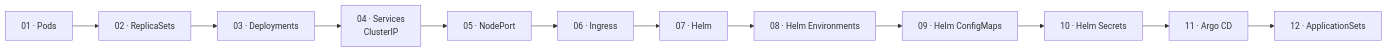
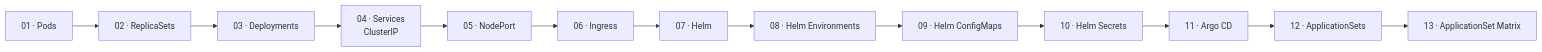
The diagram in README.md (amerinoo/kubernetes-from-zero), drawn with Mermaid before and after one commit. The commit also changed other lines of this file and 19 other files, not shown here.

Commit message:
Add ApplicationSet matrix class

````diff
--- a/README.md
+++ b/README.md
@@ -7,14 +7,15 @@
 ```mermaid
 graph LR
     P["01 · Pods"] --> RS["02 · ReplicaSets"]
     RS --> D["03 · Deployments"]
     D --> SVC["04 · Services\nClusterIP"]
     SVC --> NP["05 · NodePort"]
     NP --> ING["06 · Ingress"]
     ING --> H["07 · Helm"]
     H --> ENV["08 · Helm Environments"]
     ENV --> CM["09 · Helm ConfigMaps"]
     CM --> SEC["10 · Helm Secrets"]
     SEC --> ARGO["11 · Argo CD"]
     ARGO --> APPSET["12 · ApplicationSets"]
+    APPSET --> MATRIX["13 · ApplicationSet Matrix"]
 ```
````
